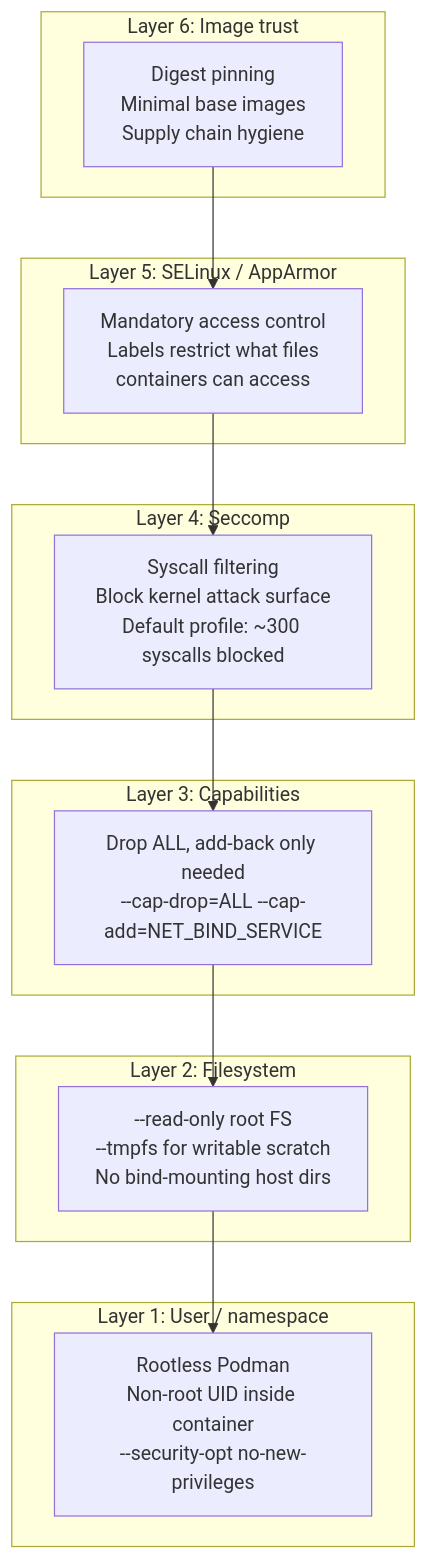
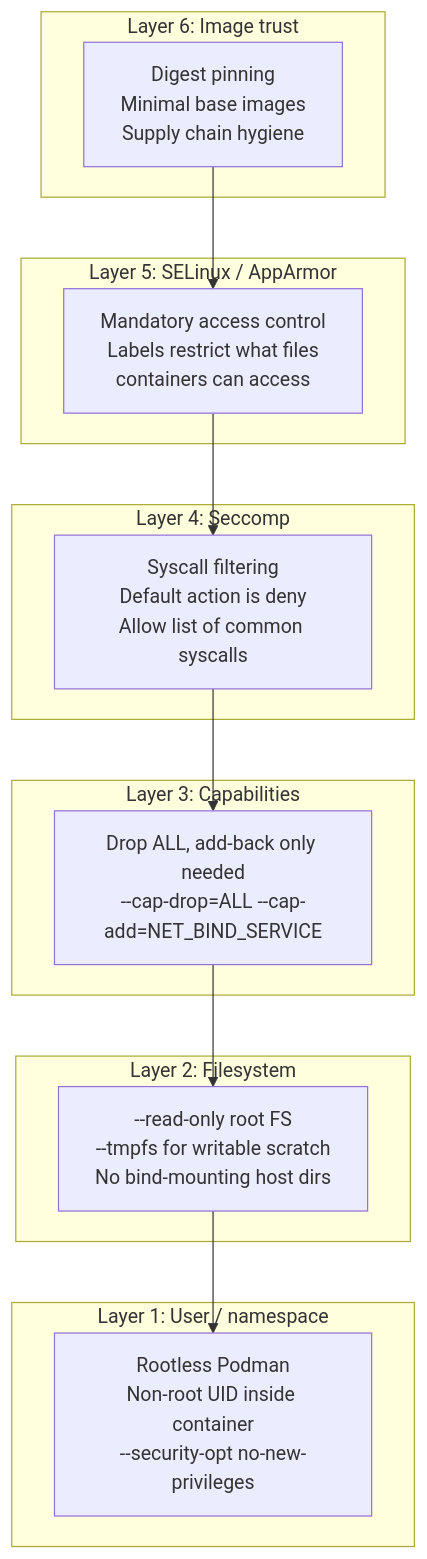
Before and after one commit to UncleJS/course_podman: the first of 6 diagrams in modules/12-security.md, drawn with Mermaid. The commit also changed other lines of this file and 58 other files, not shown here.

````diff
--- a/modules/12-security.md
+++ b/modules/12-security.md
@@ -50,22 +50,22 @@
 ```mermaid
 graph TD
     subgraph "Layer 6: Image trust"
         L6["Digest pinning<br/>Minimal base images<br/>Supply chain hygiene"]
     end
     subgraph "Layer 5: SELinux / AppArmor"
         L5["Mandatory access control<br/>Labels restrict what files<br/>containers can access"]
     end
     subgraph "Layer 4: Seccomp"
-        L4["Syscall filtering<br/>Block kernel attack surface<br/>Default profile: ~300 syscalls blocked"]
+        L4["Syscall filtering<br/>Default action is deny<br/>Allow list of common syscalls"]
     end
     subgraph "Layer 3: Capabilities"
         L3["Drop ALL, add-back only needed<br/>--cap-drop=ALL --cap-add=NET_BIND_SERVICE"]
     end
     subgraph "Layer 2: Filesystem"
         L2["--read-only root FS<br/>--tmpfs for writable scratch<br/>No bind-mounting host dirs"]
     end
     subgraph "Layer 1: User / namespace"
         L1["Rootless Podman<br/>Non-root UID inside container<br/>--security-opt no-new-privileges"]
     end
     L6 --> L5 --> L4 --> L3 --> L2 --> L1
 ```
````
